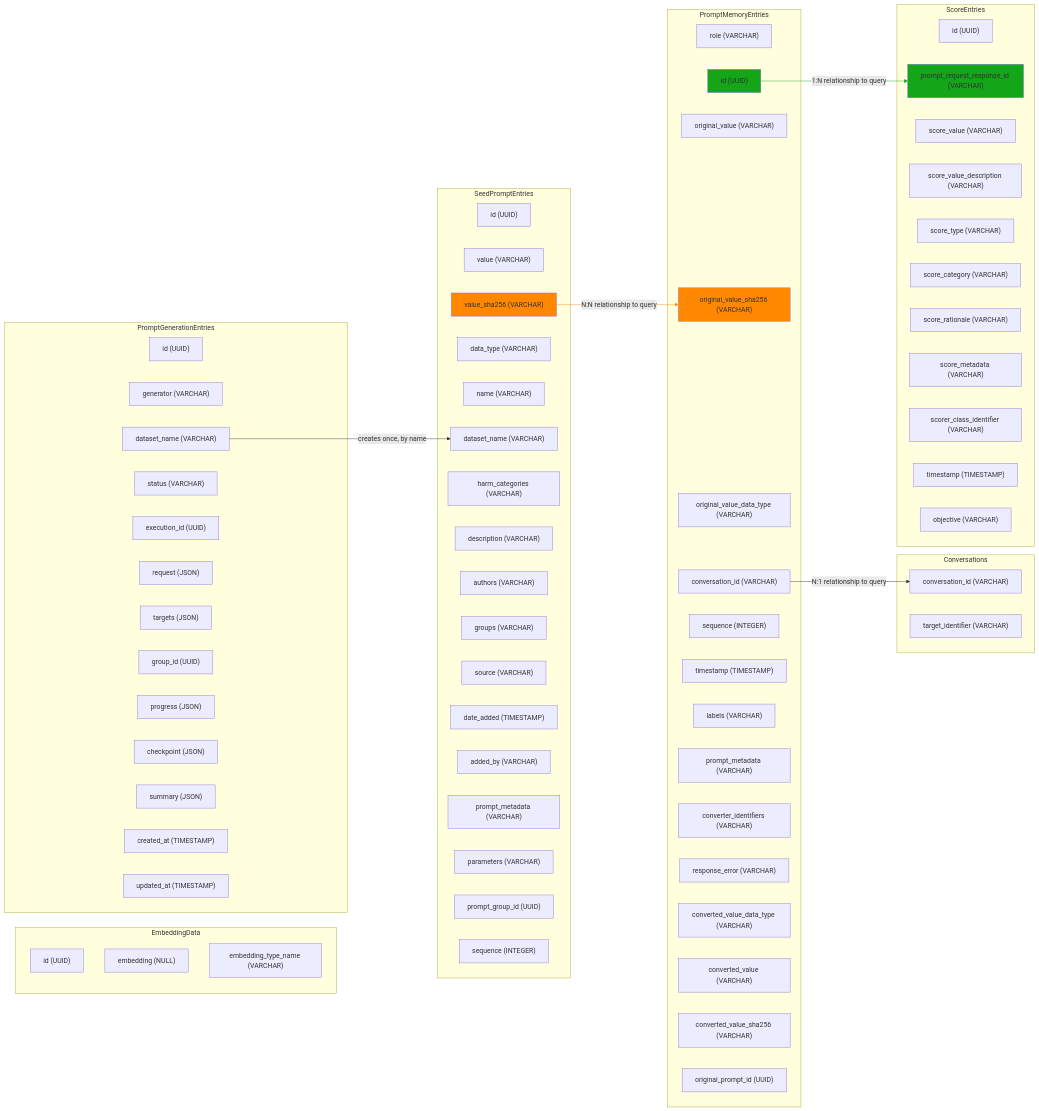
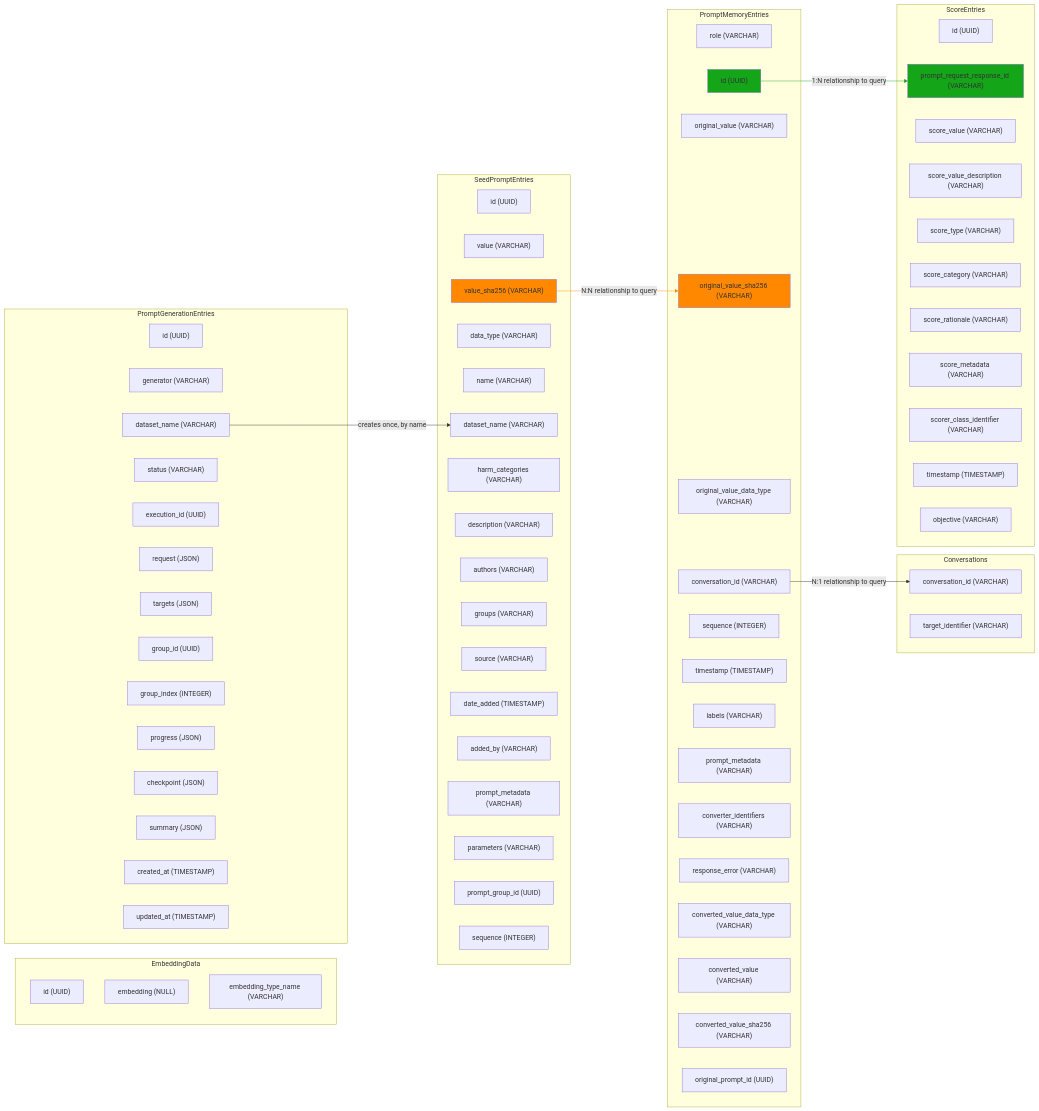
The diagram in doc/code/memory/9_schema_diagram.md (microsoft/PyRIT), drawn with Mermaid before and after one commit. The commit also changed 18 other files, not shown here.

```diff
--- a/doc/code/memory/9_schema_diagram.md
+++ b/doc/code/memory/9_schema_diagram.md
@@ -75,6 +75,7 @@
         G_request["request (JSON)"]
         G_targets["targets (JSON)"]
         G_group_id["group_id (UUID)"]
+        G_group_index["group_index (INTEGER)"]
         G_progress["progress (JSON)"]
         G_checkpoint["checkpoint (JSON)"]
         G_summary["summary (JSON)"]
```
